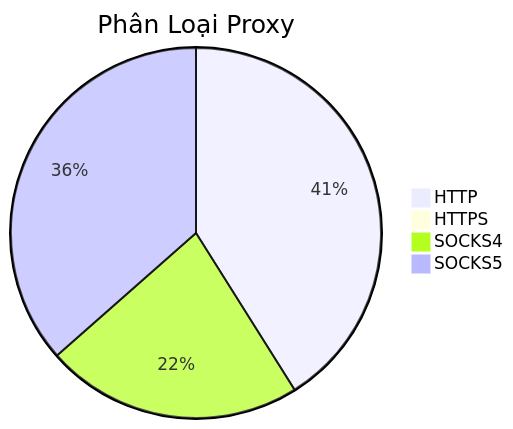
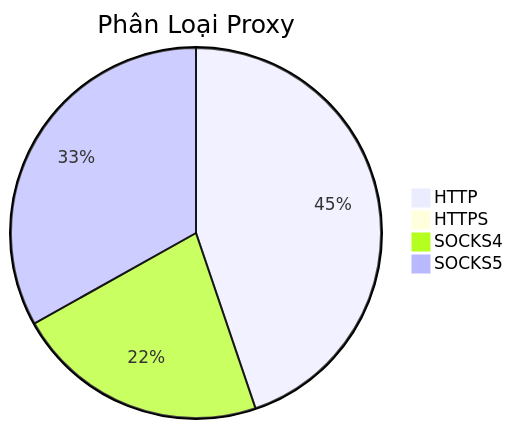
Before and after one commit to Ciara-12/PROXY-free: the diagram in README.md, drawn with Mermaid. The commit also changed other lines of this file and 3 other files, not shown here.

````diff
--- a/README.md
+++ b/README.md
@@ -26,7 +26,7 @@
 ```mermaid
 pie title Phân Loại Proxy
-    "HTTP" : 324
+    "HTTP" : 426
     "HTTPS" : 1
-    "SOCKS4" : 177
-    "SOCKS5" : 288
+    "SOCKS4" : 210
+    "SOCKS5" : 315
 ```
````
